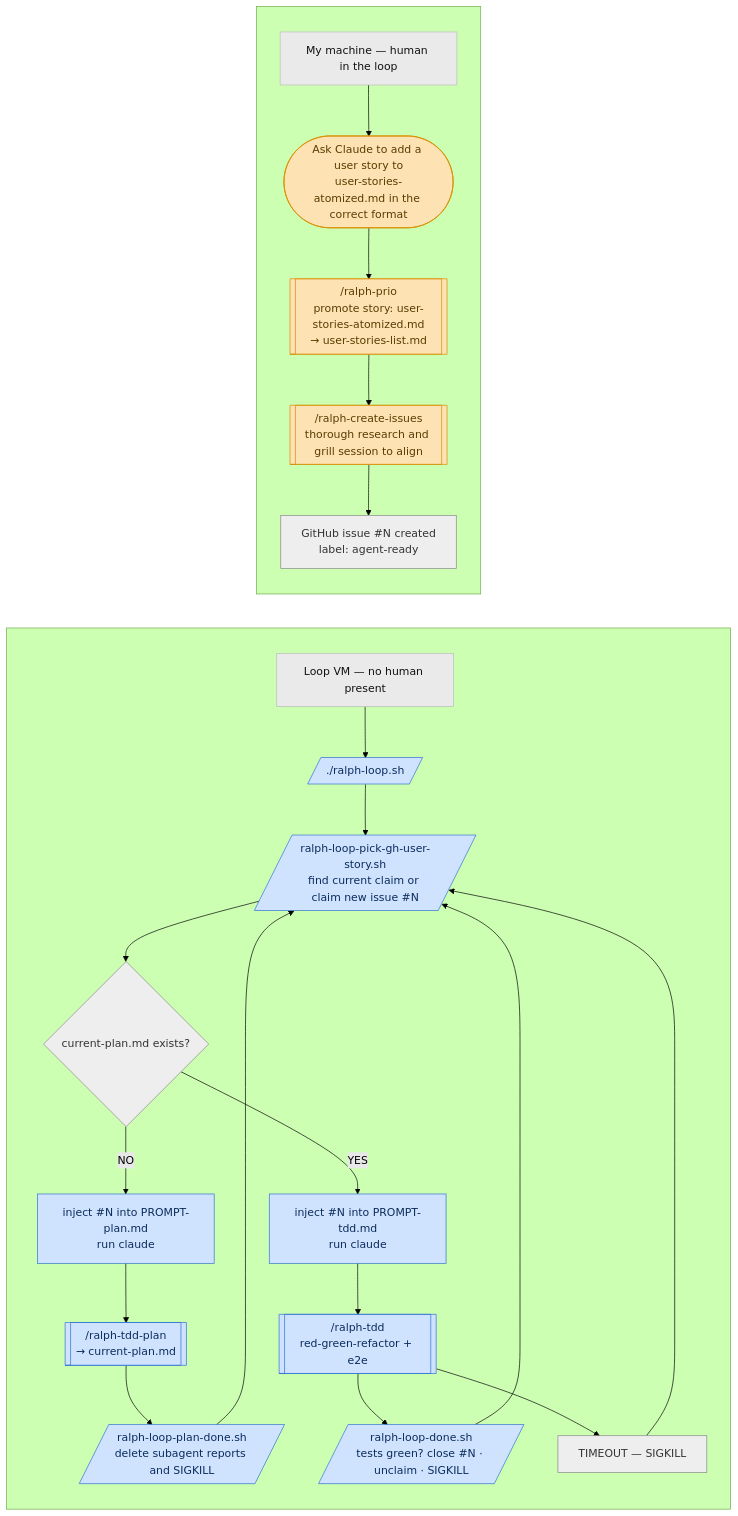
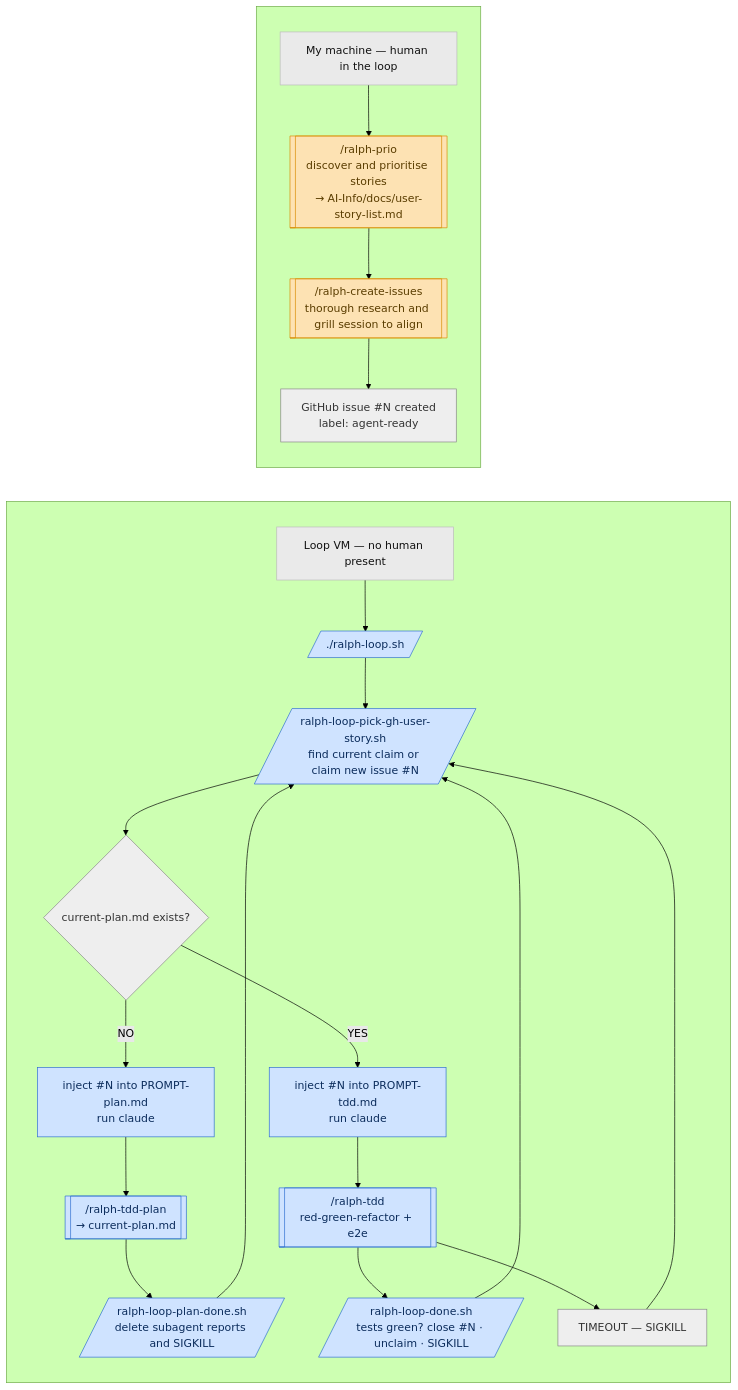
The diagram in README.md (pogestudio/ai-infra-template), drawn with Mermaid (forest theme) before and after one commit. The commit also changed 1 other file, not shown here.

Commit message:
Drop the atomized user-story inventory from the diagram and ralph-prio
The pattern is retired: the flow now starts at /ralph-prio discovering and
prioritising stories into AI-Info/docs/user-story-list.md, so the diagram
loses its add-a-story-to-user-stories-atomized.md entry node and the skill
loses the optional atomized-inventory CUSTOMIZE block. examples/klara stays
untouched as the frozen snapshot.

````diff
--- a/README.md
+++ b/README.md
@@ -179,37 +179,36 @@
 ```mermaid
 flowchart TD
     classDef human   fill:#fde2b3,stroke:#d98c00,color:#5a3d00
     classDef system  fill:#cfe3ff,stroke:#2f6fd0,color:#0b2c5c
     classDef trigger fill:#eeeeee,stroke:#888888,color:#333333
     classDef done    fill:#d9f2d9,stroke:#3a9c3a,color:#14501a
     classDef header  fill:#eaeaea,stroke:#bbbbbb,color:#111111
 
     subgraph AUTH[" "]
         direction TB
         Ahdr["My machine — human in the loop"]:::header
-        Ahdr --> A1(["Ask Claude to add a user story to<br>user-stories-atomized.md in the correct format"]):::human
-        A1 --> A2[["/ralph-prio<br>promote story: user-stories-atomized.md<br>→ user-stories-list.md"]]:::human
+        Ahdr --> A2[["/ralph-prio<br>discover and prioritise stories<br>→ AI-Info/docs/user-story-list.md"]]:::human
         A2 --> A4[["/ralph-create-issues<br>thorough research and grill session to align"]]:::human
         A4 --> A5["GitHub issue #N created<br>label: agent-ready"]:::trigger
     end
 
     subgraph VM[" "]
         direction TB
         Vhdr["Loop VM — no human present"]:::header
         Vhdr --> L1[/"./ralph-loop.sh"/]:::system
         L1 --> PICK[/"ralph-loop-pick-gh-user-story.sh<br>find current claim or claim new issue #N"/]:::system
         PICK --> D{"current-plan.md exists?"}:::trigger
         D -- "NO" --> NOPLAN["inject #N into PROMPT-plan.md<br>run claude"]:::system
         NOPLAN --> PS[["/ralph-tdd-plan<br>→ current-plan.md"]]:::system
         PS --> PD[/"ralph-loop-plan-done.sh<br>delete subagent reports and SIGKILL"/]:::system
         PD --> PICK
         D -- "YES" --> HASPLAN["inject #N into PROMPT-tdd.md<br>run claude"]:::system
         HASPLAN --> TS[["/ralph-tdd<br>red-green-refactor + e2e"]]:::system
         TS --> TD[/"ralph-loop-done.sh<br>tests green? close #N · unclaim · SIGKILL"/]:::system
         TS --> TO["TIMEOUT — SIGKILL"]:::trigger
         TO --> PICK
         TD --> PICK
     end
 
     A5 ~~~ Vhdr
 ```
````
